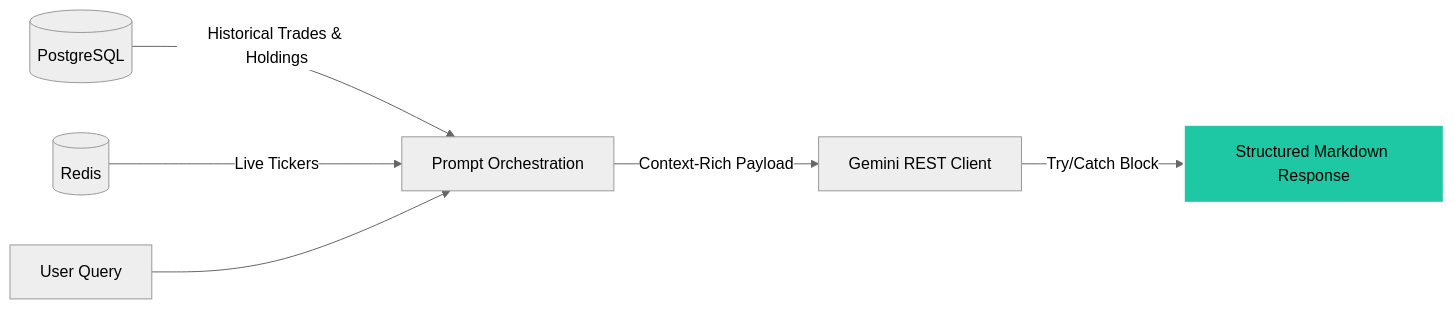
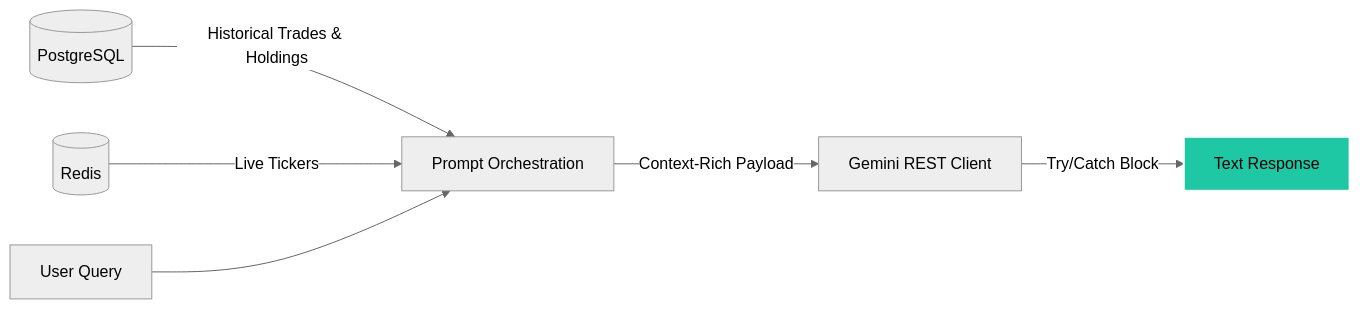
The fifth of 5 diagrams in technical_architecture.md (dkivrak/i2i-Systems-CryptFlow), drawn with Mermaid (neutral theme) before and after one commit. The commit also changed other lines of this file and 42 other files, not shown here.

````diff
--- a/technical_architecture.md
+++ b/technical_architecture.md
@@ -183,14 +188,14 @@
 ```mermaid
 graph LR
     %% Context Sources
     Postgres[(PostgreSQL)] -- Historical Trades & Holdings --> Prompt[Prompt Orchestration]
     Redis[(Redis)] -- Live Tickers --> Prompt
     Input[User Query] --> Prompt
     
     %% Pipeline
     Prompt -- Context-Rich Payload --> Gemini[Gemini REST Client]
-    Gemini -- Try/Catch Block --> Response[Structured Markdown Response]
+    Gemini -- Try/Catch Block --> Response[Text Response]
     
     %% Error Fallback
     style Response fill:#1fc8a4,stroke:#fff,stroke-width:2px;
 ```
````
